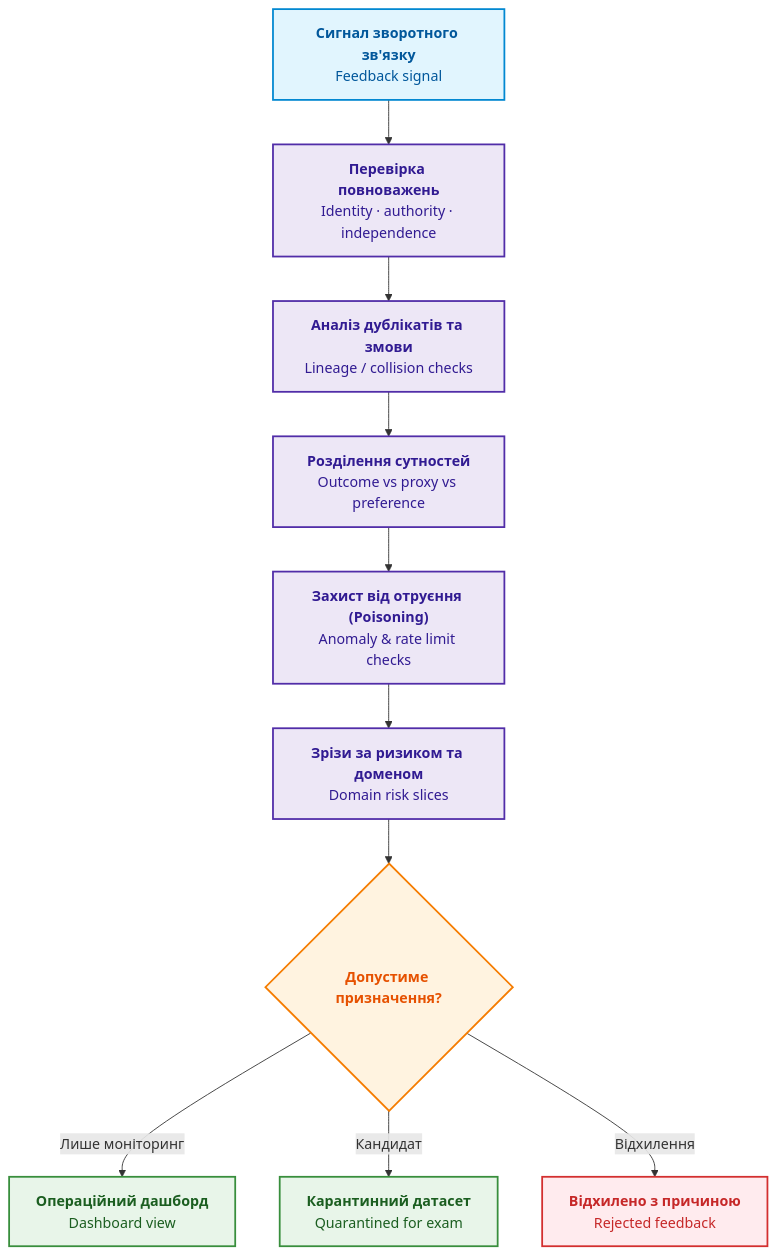
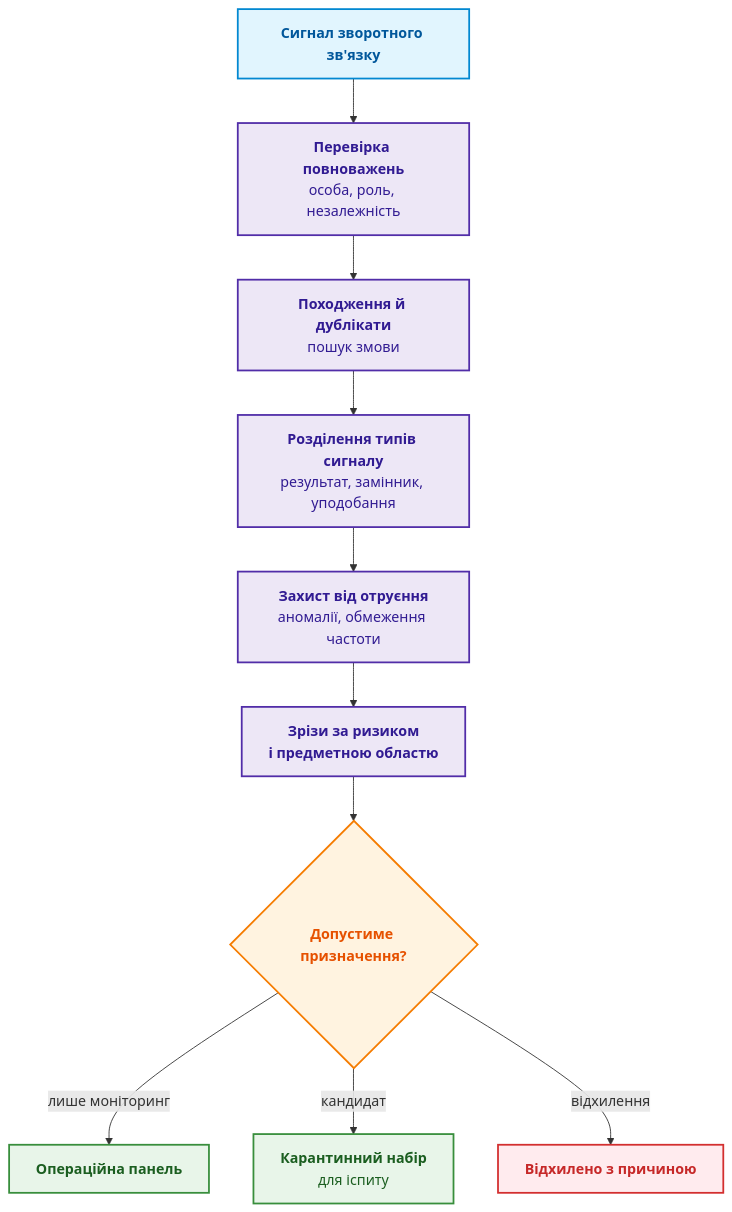
Before and after one commit to nick-fedchik/articles: the sixth of 7 diagrams in ExpertSystem/ch26-continual-learning.md, drawn with Mermaid. The commit also changed other lines of this file, not shown here.

````diff
--- a/ExpertSystem/ch26-continual-learning.md
+++ b/ExpertSystem/ch26-continual-learning.md
@@ -524,27 +457,27 @@
 ```mermaid
 flowchart TD
     accTitle: Фільтрація та валідація зворотного зв'язку
-    accDescr: Перевірка автентичності, відсутності отруєння та розділення на зрізи ризику.
+    accDescr: Сигнал проходить перевірку повноважень, походження й дублікатів, розділення типів сигналу, захист від отруєння й поділ на зрізи ризику, після чого стає лише моніторингом, карантинним кандидатом або відхиленим сигналом.
 
-    SIG["<b>Сигнал зворотного зв'язку</b><br/>Feedback signal"] --> AUTH["<b>Перевірка повноважень</b><br/>Identity · authority · independence"]
-    AUTH --> LIN["<b>Аналіз дублікатів та змови</b><br/>Lineage / collision checks"]
-    LIN --> CAUS["<b>Розділення сутностей</b><br/>Outcome vs proxy vs preference"]
-    CAUS --> POI["<b>Захист від отруєння (Poisoning)</b><br/>Anomaly & rate limit checks"]
-    POI --> SL["<b>Зрізи за ризиком та доменом</b><br/>Domain risk slices"]
+    SIG["<b>Сигнал зворотного зв'язку</b>"] --> AUTH["<b>Перевірка повноважень</b><br/>особа, роль, незалежність"]
+    AUTH --> LIN["<b>Походження й дублікати</b><br/>пошук змови"]
+    LIN --> CAUS["<b>Розділення типів сигналу</b><br/>результат, замінник, уподобання"]
+    CAUS --> POI["<b>Захист від отруєння</b><br/>аномалії, обмеження частоти"]
+    POI --> SL["<b>Зрізи за ризиком<br/>і предметною областю</b>"]
     SL --> Q{"<b>Допустиме призначення?</b>"}
-    Q -->|Лише моніторинг| MON["<b>Операційний дашборд</b><br/>Dashboard view"]
-    Q -->|Кандидат| C["<b>Карантинний датасет</b><br/>Quarantined for exam"]
-    Q -->|Відхилення| R["<b>Відхилено з причиною</b><br/>Rejected feedback"]
+    Q -->|"лише моніторинг"| MON["<b>Операційна панель</b>"]
+    Q -->|"кандидат"| C["<b>Карантинний набір</b><br/>для іспиту"]
+    Q -->|"відхилення"| R["<b>Відхилено з причиною</b>"]
 
     classDef inp fill:#e1f5fe,stroke:#0288d1,stroke-width:2px,color:#01579b;
     classDef chk fill:#ede7f6,stroke:#512da8,stroke-width:2px,color:#311b92;
     classDef gate fill:#fff3e0,stroke:#f57c00,stroke-width:2px,color:#e65100;
     classDef ok fill:#e8f5e9,stroke:#388e3c,stroke-width:2px,color:#1b5e20;
     classDef fail fill:#ffebee,stroke:#d32f2f,stroke-width:2px,color:#c62828;
 
     class SIG inp;
     class AUTH,LIN,CAUS,POI,SL chk;
     class Q gate;
     class MON,C ok;
     class R fail;
 ```
````
